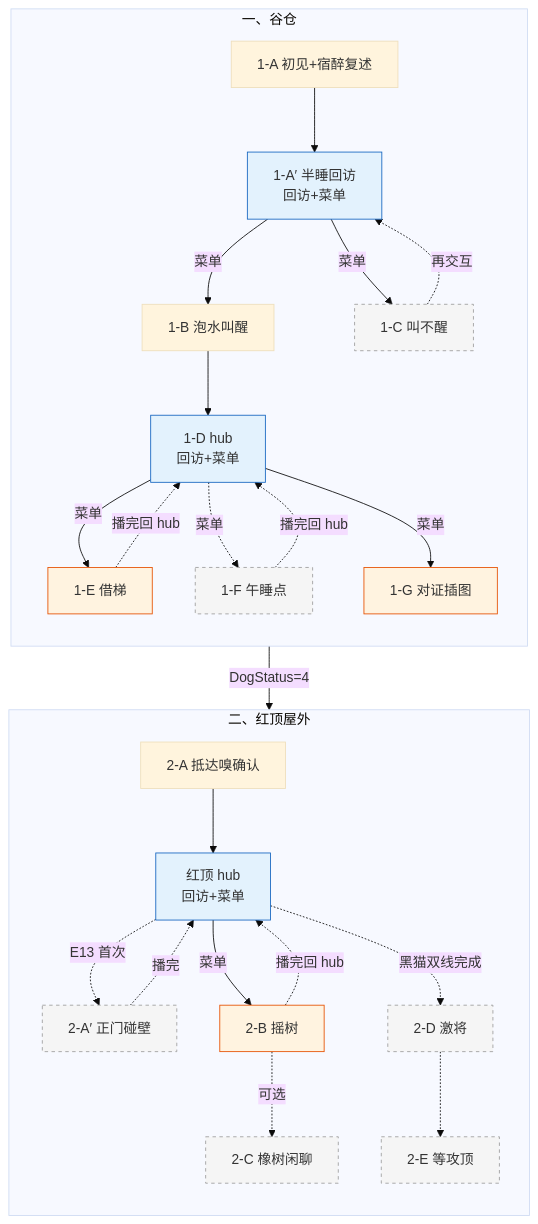
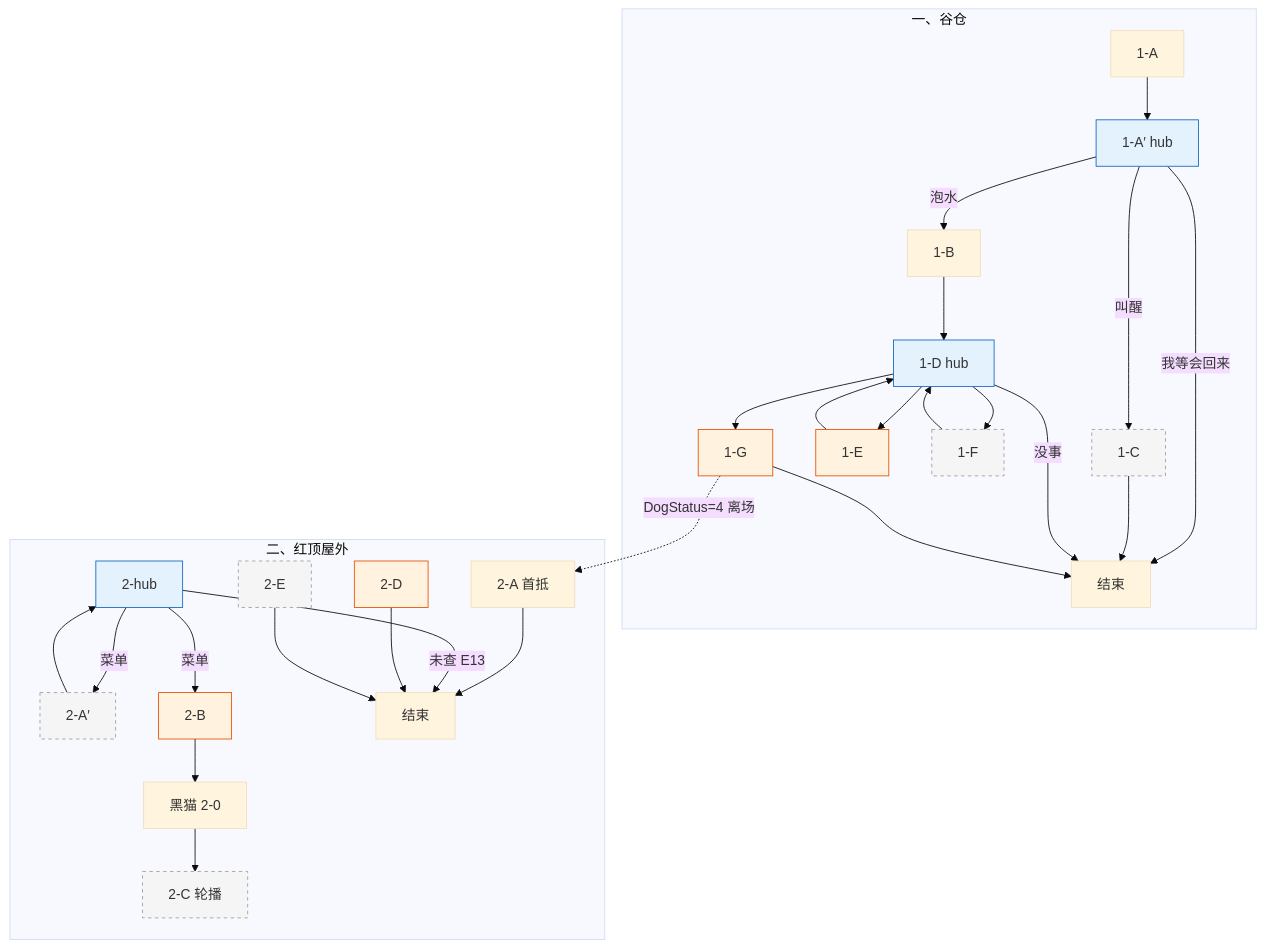
One commit to bestdtang/MissingEggDoc changed the diagram in docs/characters/大黄-对话脚本-树状样章.md. Above: the diagram before and after it, drawn with Mermaid (base theme). The commit also changed other lines of this file and 3 other files, not shown here.

````diff
--- a/docs/characters/大黄-对话脚本-树状样章.md
+++ b/docs/characters/大黄-对话脚本-树状样章.md
@@ -32,54 +36,57 @@
 ```mermaid
 flowchart TD
   subgraph S1 ["一、谷仓"]
-    direction TB
-    A["1-A 初见+宿醉复述"]
-    ENT["1-A′ 半睡回访<br/>回访+菜单"]
-    C["1-B 泡水叫醒"]
-    CP["1-C 叫不醒"]
-    HUB["1-D hub<br/>回访+菜单"]
-    E["1-E 借梯"]
-    F["1-F 午睡点"]
-    G["1-G 对证插图"]
+    A["1-A"]
+    ENT["1-A′ hub"]
+    C["1-B"]
+    CP["1-C"]
+    HUB["1-D hub"]
+    E["1-E"]
+    F["1-F"]
+    G["1-G"]
 
     A --> ENT
-    ENT -->|菜单| C
-    ENT -->|菜单| CP
-    CP -.->|再交互| ENT
+    ENT -->|泡水| C
+    ENT -->|叫醒| CP
+    ENT -->|我等会回来| X1[结束]
+    CP --> X1
     C --> HUB
-    HUB -->|菜单| E
-    HUB -.->|菜单| F
-    HUB -->|菜单| G
-    E -.->|播完回 hub| HUB
-    F -.->|播完回 hub| HUB
+    HUB --> E
+    HUB --> F
+    HUB --> G
+    E --> HUB
+    F --> HUB
+    HUB -->|没事| X1
+    G --> X1
   end
 
   subgraph S2 ["二、红顶屋外"]
-    direction TB
-    A3["2-A 抵达嗅确认"]
-    AP["2-A′ 正门碰壁"]
-    RHUB["红顶 hub<br/>回访+菜单"]
-    CC["2-B 摇树"]
-    D["2-C 橡树闲聊"]
-    EE["2-D 激将"]
-    FF["2-E 等攻顶"]
+    A3["2-A 首抵"]
+    RHUB["2-hub"]
+    AP["2-A′"]
+    CC["2-B"]
+    BC["黑猫 2-0"]
+    D["2-C 轮播"]
+    EE["2-D"]
+    FF["2-E"]
 
-    A3 --> RHUB
-    RHUB -.->|E13 首次| AP
-    AP -.->|播完| RHUB
+    A3 --> X2[结束]
+    RHUB -->|未查 E13| X2
     RHUB -->|菜单| CC
-    CC -.->|可选| D
-    CC -.->|播完回 hub| RHUB
-    RHUB -.->|黑猫双线完成| EE
-    EE -.-> FF
+    RHUB -->|菜单| AP
+    AP --> RHUB
+    CC --> BC
+    BC --> D
+    EE --> X2
+    FF --> X2
   end
 
-  G -->|DogStatus=4| A3
+  G -.->|DogStatus=4 离场| A3
 
   classDef key fill:#fff3e0,stroke:#e65100
   classDef opt fill:#f5f5f5,stroke:#9e9e9e,stroke-dasharray:4 4
   classDef hub fill:#e3f2fd,stroke:#1565c0
-  class E,G,CC key
-  class CP,F,D,EE,FF,AP opt
+  class E,G,CC,EE key
+  class CP,F,D,FF,AP opt
   class ENT,HUB,RHUB hub
 ```
````
